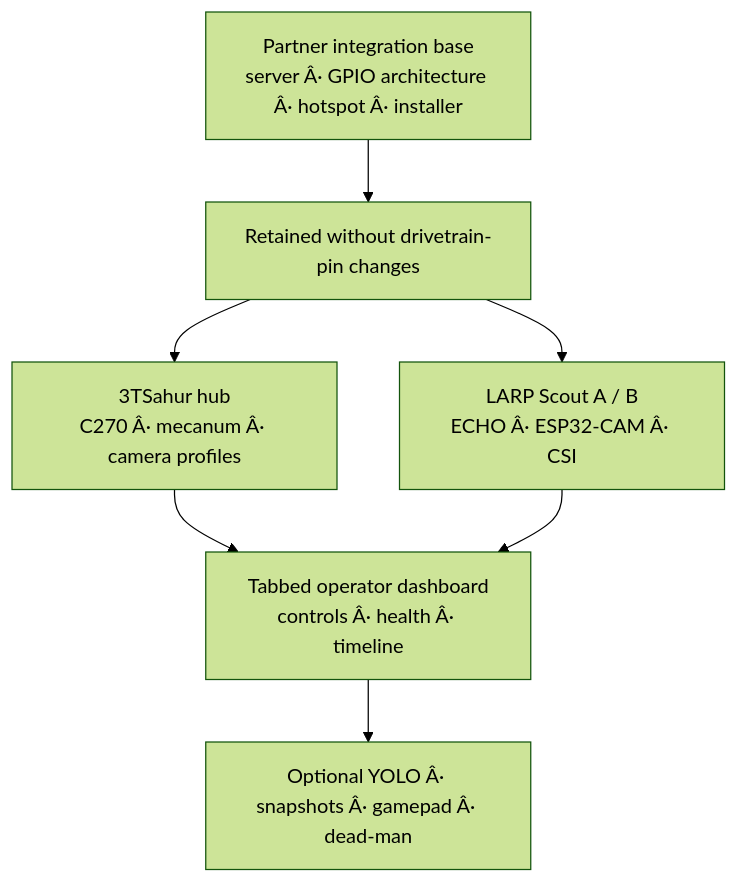
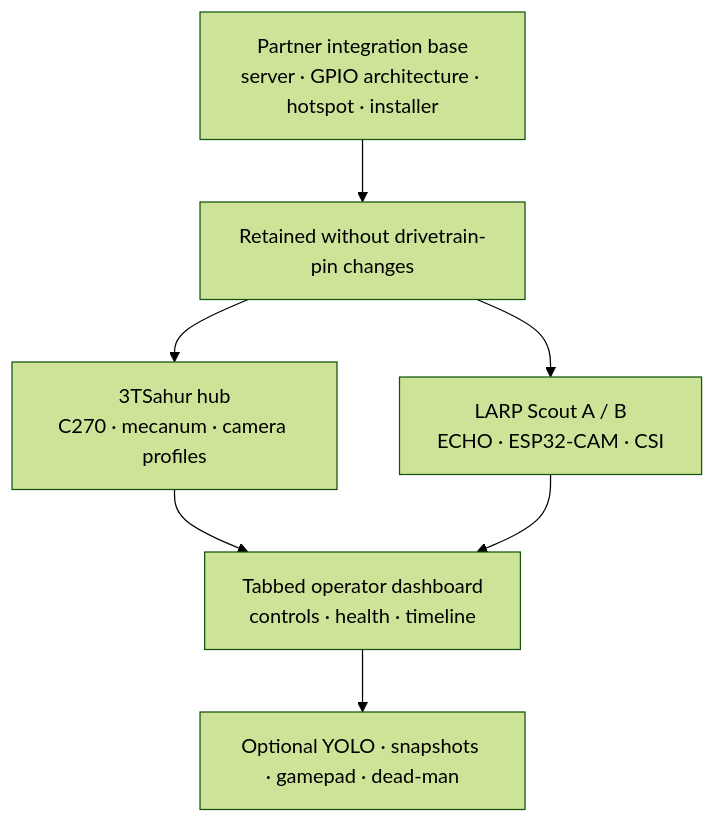
One commit to william-thompsonthe1st/STEM-Research-Academy changed the third of 3 diagrams in README.md. Above: the diagram before and after it, drawn with Mermaid (forest theme). The commit also changed other lines of this file, not shown here.

````diff
--- a/README.md
+++ b/README.md
@@ -108,9 +108,9 @@
 ```mermaid
 flowchart TB
-    Base["Partner integration base\nserver Â· GPIO architecture Â· hotspot Â· installer"] --> Retained["Retained without drivetrain-pin changes"]
-    Retained --> Hub["3TSahur hub\nC270 Â· mecanum Â· camera profiles"]
-    Retained --> Scouts["LARP Scout A / B\nECHO Â· ESP32-CAM Â· CSI"]
-    Hub --> Dashboard["Tabbed operator dashboard\ncontrols Â· health Â· timeline"]
+    Base["Partner integration base\nserver · GPIO architecture · hotspot · installer"] --> Retained["Retained without drivetrain-pin changes"]
+    Retained --> Hub["3TSahur hub\nC270 · mecanum · camera profiles"]
+    Retained --> Scouts["LARP Scout A / B\nECHO · ESP32-CAM · CSI"]
+    Hub --> Dashboard["Tabbed operator dashboard\ncontrols · health · timeline"]
     Scouts --> Dashboard
-    Dashboard --> Optional["Optional YOLO Â· snapshots Â· gamepad Â· dead-man"]
+    Dashboard --> Optional["Optional YOLO · snapshots · gamepad · dead-man"]
 ```
````
